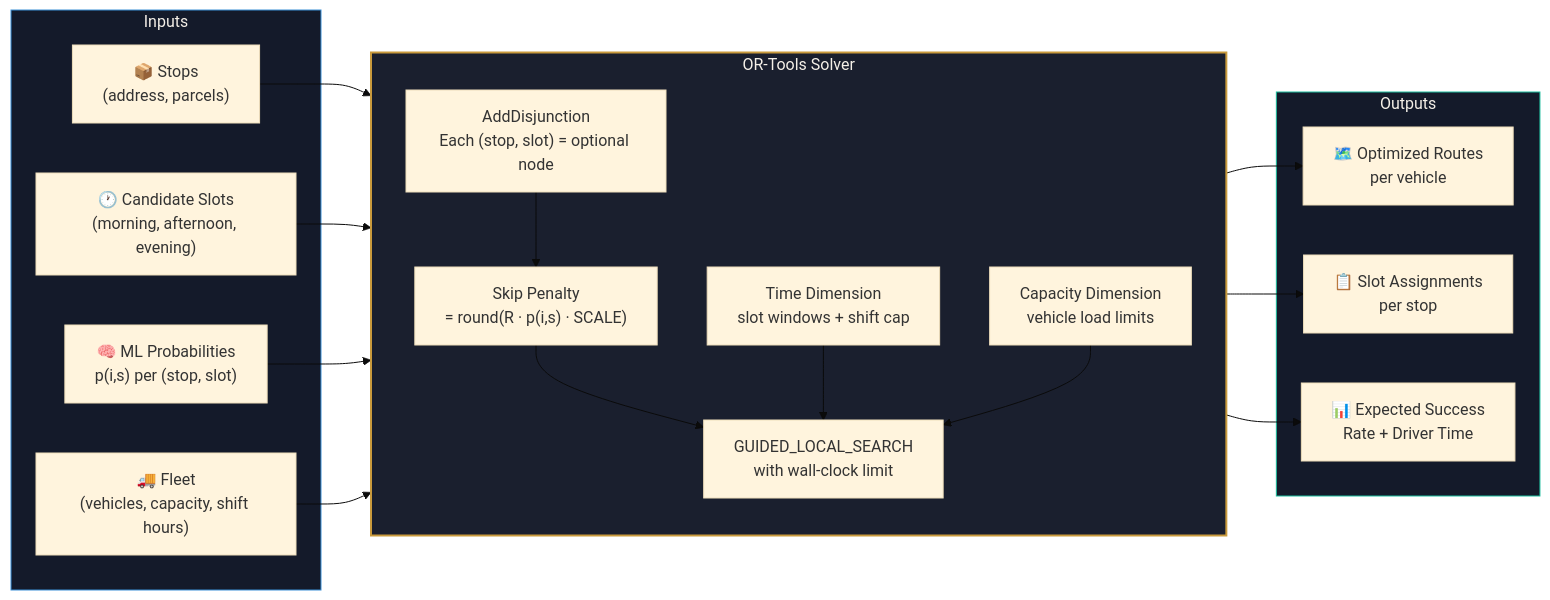
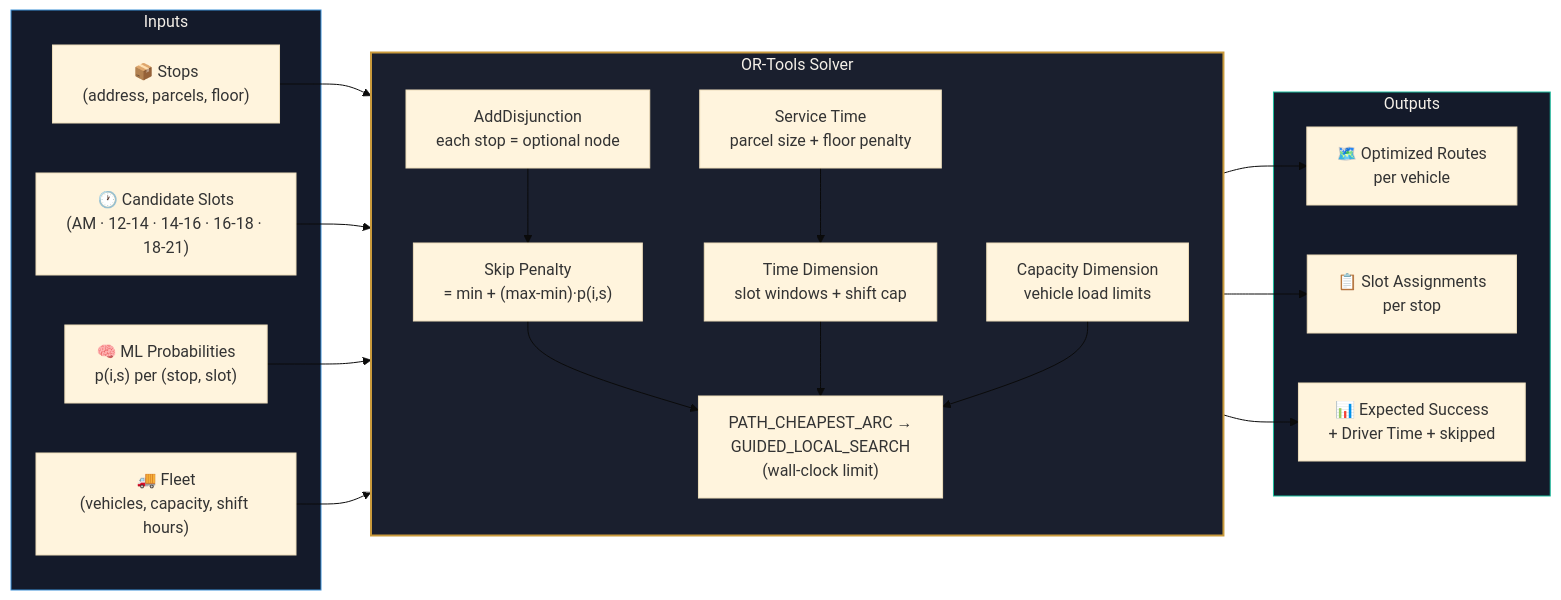
The seventh of 14 diagrams in README.md (lobezno16/Takumi), drawn with Mermaid (base theme) before and after one commit. The commit also changed other lines of this file, not shown here.

````diff
--- a/README.md
+++ b/README.md
@@ -310,35 +420,37 @@
 ```mermaid
 graph LR
     subgraph input["Inputs"]
-        STOPS["📦 Stops<br/>(address, parcels)"]
-        SLOTS["🕐 Candidate Slots<br/>(morning, afternoon, evening)"]
+        STOPS["📦 Stops<br/>(address, parcels, floor)"]
+        SLOTS["🕐 Candidate Slots<br/>(AM · 12-14 · 14-16 · 16-18 · 18-21)"]
         ML_P["🧠 ML Probabilities<br/>p(i,s) per (stop, slot)"]
         FLEET["🚚 Fleet<br/>(vehicles, capacity, shift hours)"]
     end
 
     subgraph solver["OR-Tools Solver"]
         direction TB
-        DIS["AddDisjunction<br/>Each (stop, slot) = optional node"]
-        PEN["Skip Penalty<br/>= round(R · p(i,s) · SCALE)"]
+        DIS["AddDisjunction<br/>each stop = optional node"]
+        PEN["Skip Penalty<br/>= min + (max-min)·p(i,s)"]
         TDIM["Time Dimension<br/>slot windows + shift cap"]
         CDIM["Capacity Dimension<br/>vehicle load limits"]
-        GLS["GUIDED_LOCAL_SEARCH<br/>with wall-clock limit"]
+        SVC["Service Time<br/>parcel size + floor penalty"]
+        GLS["PATH_CHEAPEST_ARC →<br/>GUIDED_LOCAL_SEARCH<br/>(wall-clock limit)"]
 
         DIS --> PEN --> GLS
         TDIM --> GLS
         CDIM --> GLS
+        SVC --> TDIM
     end
 
     subgraph output["Outputs"]
         ROUTES["🗺️ Optimized Routes<br/>per vehicle"]
         ASSIGN["📋 Slot Assignments<br/>per stop"]
-        METRICS["📊 Expected Success<br/>Rate + Driver Time"]
+        METRICS["📊 Expected Success<br/>+ Driver Time + skipped"]
     end
 
     STOPS & SLOTS & ML_P & FLEET --> DIS
     GLS --> ROUTES & ASSIGN & METRICS
 
     style input fill:#141a2a,stroke:#3a8fd6,color:#f5f0e8
     style solver fill:#1a1f2e,stroke:#c99a3c,color:#f5f0e8,stroke-width:2px
     style output fill:#141a2a,stroke:#1abc9c,color:#f5f0e8
 ```
````
